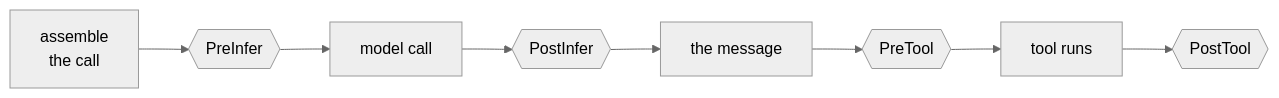
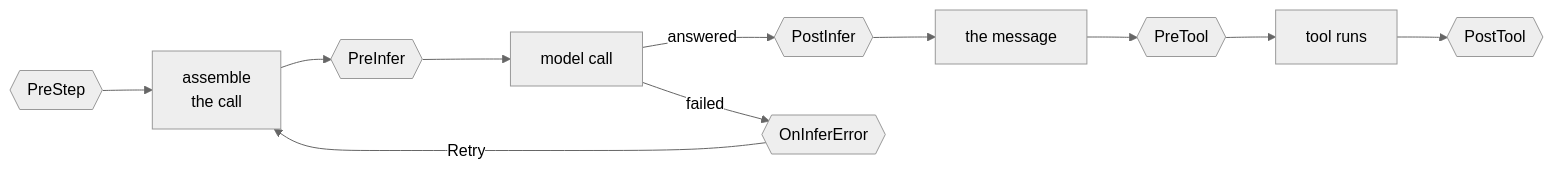
Before and after one commit to genai-io/sdk-go: the second of 3 diagrams in README.md, drawn with Mermaid (neutral theme). The commit also changed other lines of this file and 8 other files, not shown here.

````diff
--- a/README.md
+++ b/README.md
@@ -463,5 +463,8 @@
 ```mermaid
 flowchart LR
-    A["assemble<br/>the call"] --> B{{PreInfer}} --> C["model call"] --> D{{PostInfer}}
+    Z{{PreStep}} --> A["assemble<br/>the call"] --> B{{PreInfer}} --> C["model call"]
+    C -->|answered| D{{PostInfer}}
     D --> E["the message"] --> F{{PreTool}} --> G["tool runs"] --> H{{PostTool}}
+    C -->|failed| X{{OnInferError}}
+    X -->|Retry| A
 ```
````
